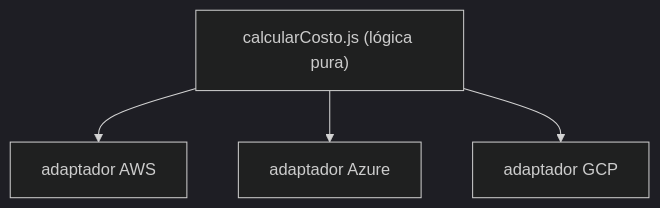
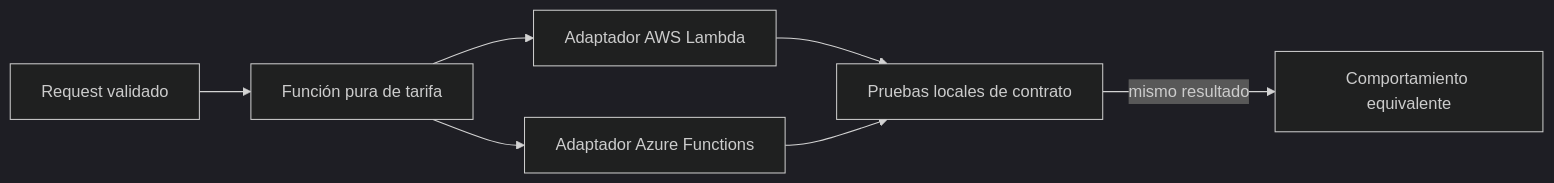
One commit to NICORUIZ93/The_Imperial_Book changed the fourth of 6 diagrams in web/public/content/node/modulo-14.md. Above: the diagram before and after it, drawn with Mermaid (dark theme). The commit also changed other lines of this file and 33 other files, not shown here.

````diff
--- a/web/public/content/node/modulo-14.md
+++ b/web/public/content/node/modulo-14.md
@@ -395,6 +914,9 @@
 ```mermaid
-flowchart TB
-  L["calcularCosto.js (lógica pura)"] --> A[adaptador AWS]
-  L --> Z[adaptador Azure]
-  L --> G[adaptador GCP]
+flowchart LR
+  Input[Request validado] --> Domain[Función pura de tarifa]
+  Domain --> AWS[Adaptador AWS Lambda]
+  Domain --> Azure[Adaptador Azure Functions]
+  AWS --> Tests[Pruebas locales de contrato]
+  Azure --> Tests
+  Tests -->|mismo resultado| Compatible[Comportamiento equivalente]
 ```
````
